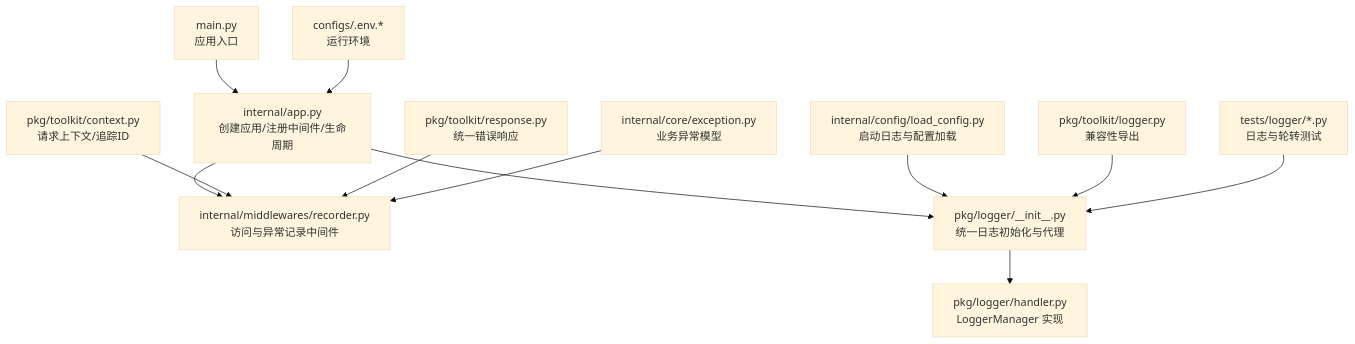
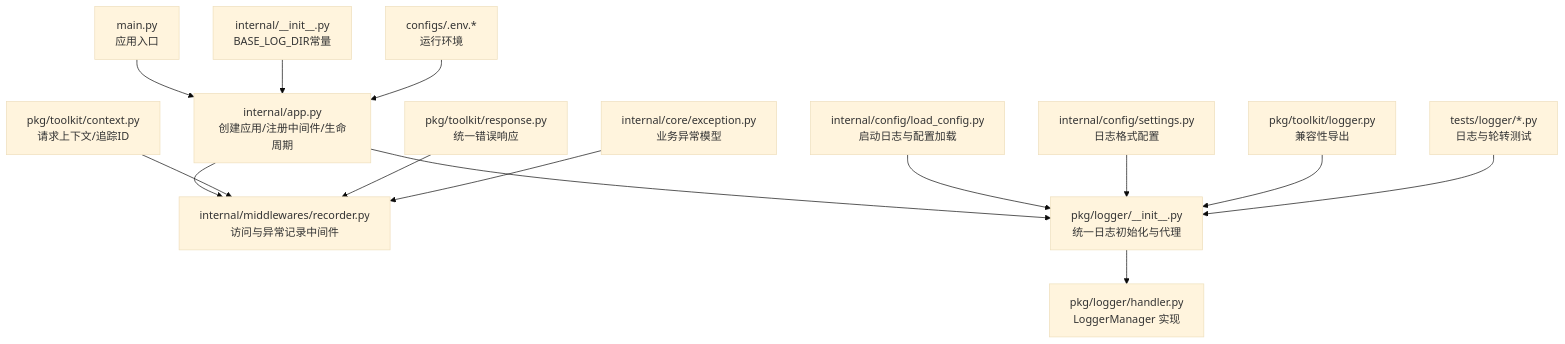
Before and after one commit to lilinzezzzzzz/fastapi-backend: the first of 6 diagrams in .qoder/repowiki/zh/content/部署运维/监控与日志管理/监控与日志管理.md, drawn with Mermaid (base theme). The commit also changed other lines of this file and 42 other files, not shown here.

````diff
--- a/.qoder/repowiki/zh/content/部署运维/监控与日志管理/监控与日志管理.md
+++ b/.qoder/repowiki/zh/content/部署运维/监控与日志管理/监控与日志管理.md
@@ -48,14 +61,16 @@
 ```mermaid
 graph TB
 A["main.py<br/>应用入口"] --> B["internal/app.py<br/>创建应用/注册中间件/生命周期"]
 B --> C["internal/middlewares/recorder.py<br/>访问与异常记录中间件"]
 B --> D["pkg/logger/__init__.py<br/>统一日志初始化与代理"]
 D --> E["pkg/logger/handler.py<br/>LoggerManager 实现"]
 F["internal/config/load_config.py<br/>启动日志与配置加载"] --> D
-G["pkg/toolkit/context.py<br/>请求上下文/追踪ID"] --> C
-H["pkg/toolkit/response.py<br/>统一错误响应"] --> C
-I["internal/core/exception.py<br/>业务异常模型"] --> C
-J["pkg/toolkit/logger.py<br/>兼容性导出"] --> D
-K["tests/logger/*.py<br/>日志与轮转测试"] --> D
-L["configs/.env.*<br/>运行环境"] --> B
+G["internal/__init__.py<br/>BASE_LOG_DIR常量"] --> B
+H["internal/config/settings.py<br/>日志格式配置"] --> D
+I["pkg/toolkit/context.py<br/>请求上下文/追踪ID"] --> C
+J["pkg/toolkit/response.py<br/>统一错误响应"] --> C
+K["internal/core/exception.py<br/>业务异常模型"] --> C
+L["pkg/toolkit/logger.py<br/>兼容性导出"] --> D
+M["tests/logger/*.py<br/>日志与轮转测试"] --> D
+N["configs/.env.*<br/>运行环境"] --> B
 ```
````
